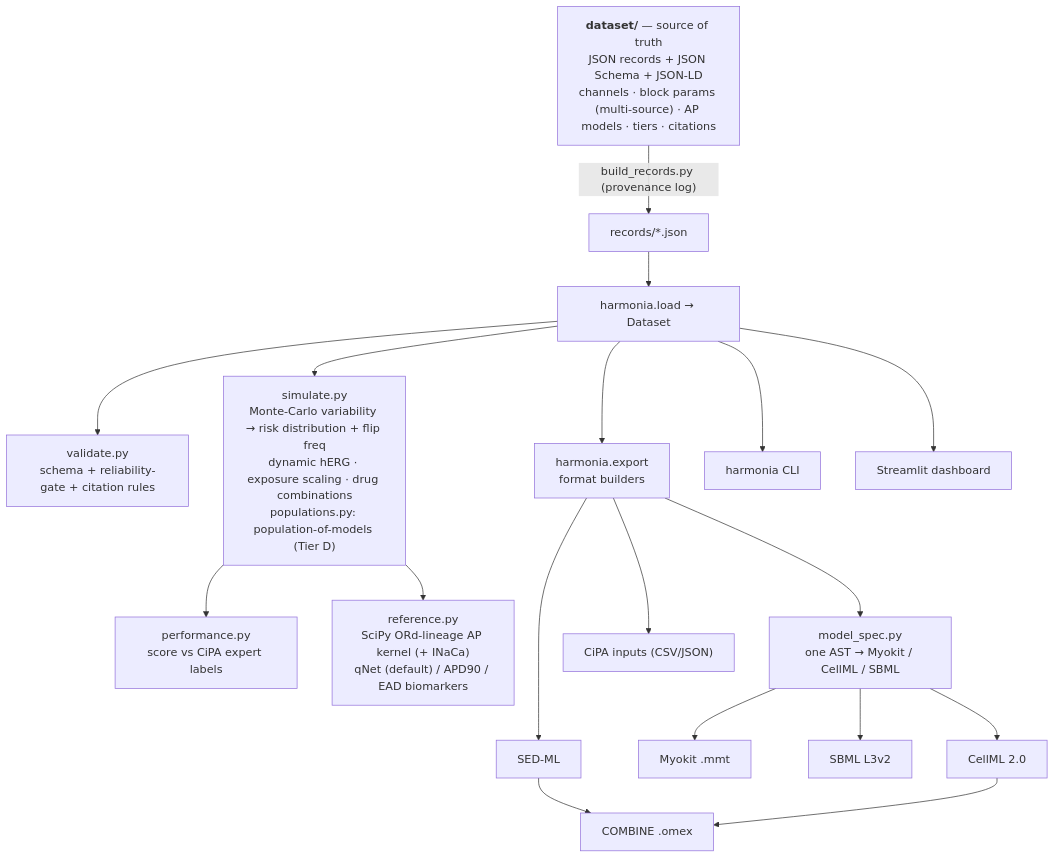
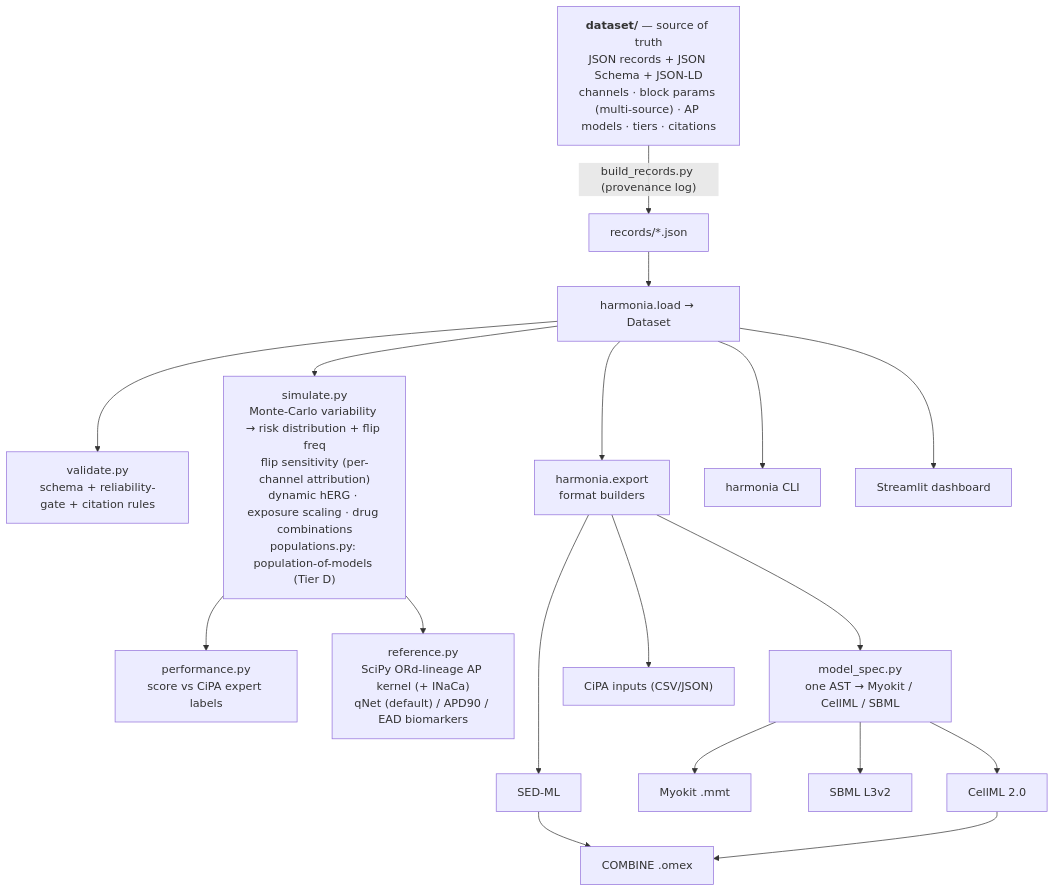
The diagram in README.md (clay-good/harmonia), drawn with Mermaid before and after one commit. The commit also changed other lines of this file and 8 other files, not shown here.

````diff
--- a/README.md
+++ b/README.md
@@ -145,20 +152,20 @@
 ```mermaid
 flowchart TD
     DS["<b>dataset/</b> — source of truth<br/>JSON records + JSON Schema + JSON-LD<br/>channels · block params (multi-source) · AP models · tiers · citations"]
     DS -->|"build_records.py (provenance log)"| REC["records/*.json"]
     REC --> LOAD["harmonia.load → Dataset"]
     LOAD --> VAL["validate.py<br/>schema + reliability-gate + citation rules"]
-    LOAD --> SIM["simulate.py<br/>Monte-Carlo variability → risk distribution + flip freq<br/>dynamic hERG · exposure scaling · drug combinations<br/>populations.py: population-of-models (Tier D)"]
+    LOAD --> SIM["simulate.py<br/>Monte-Carlo variability → risk distribution + flip freq<br/>flip sensitivity (per-channel attribution)<br/>dynamic hERG · exposure scaling · drug combinations<br/>populations.py: population-of-models (Tier D)"]
     LOAD --> EXP["harmonia.export<br/>format builders"]
     SIM --> PERF["performance.py<br/>score vs CiPA expert labels"]
     SIM --> REF["reference.py<br/>SciPy ORd-lineage AP kernel (+ INaCa)<br/>qNet (default) / APD90 / EAD biomarkers"]
     EXP --> SPEC["model_spec.py<br/>one AST → Myokit / CellML / SBML"]
     SPEC --> CELLML["CellML 2.0"]
     SPEC --> MYOKIT["Myokit .mmt"]
     SPEC --> SBML["SBML L3v2"]
     EXP --> CIPA["CiPA inputs (CSV/JSON)"]
     EXP --> SEDML["SED-ML"] --> OMEX["COMBINE .omex"]
     CELLML --> OMEX
     LOAD --> CLI["harmonia CLI"]
     LOAD --> DASH["Streamlit dashboard"]
 ```
````
